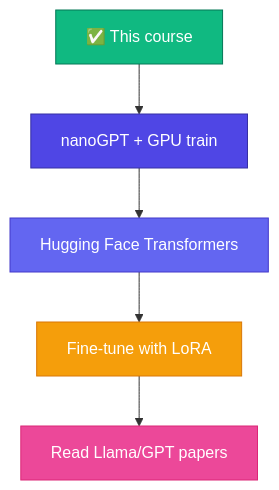
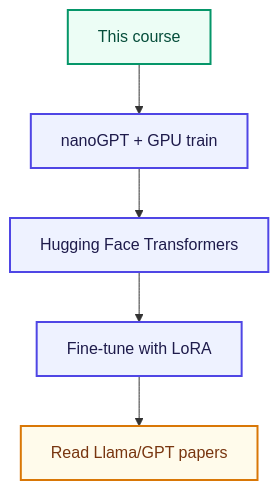
Before and after one commit to bhNibir/build-own-llm: the third of 3 diagrams in content/docs/part-10-bridge/02-whats-next.mdx, drawn with Mermaid. The commit also changed other lines of this file and 77 other files, not shown here.

````diff
--- a/content/docs/part-10-bridge/02-whats-next.mdx
+++ b/content/docs/part-10-bridge/02-whats-next.mdx
@@ -82,12 +80,10 @@
 ```mermaid
 flowchart TD
-    A["✅ This course"]:::done --> B["nanoGPT + GPU train"]:::next1
-    B --> C["Hugging Face Transformers"]:::next2
-    C --> D["Fine-tune with LoRA"]:::next3
-    D --> E["Read Llama/GPT papers"]:::next4
-    classDef done fill:#10B981,color:#fff,stroke:#047857
-    classDef next1 fill:#4F46E5,color:#fff,stroke:#3730A3
-    classDef next2 fill:#6366F1,color:#fff,stroke:#4338CA
-    classDef next3 fill:#F59E0B,color:#fff,stroke:#D97706
-    classDef next4 fill:#EC4899,color:#fff,stroke:#DB2777
+    A["This course"]:::process --> B["nanoGPT + GPU train"]:::next
+    B --> C["Hugging Face Transformers"]:::next
+    C --> D["Fine-tune with LoRA"]:::next
+    D --> E["Read Llama/GPT papers"]:::output
+    classDef process fill:#ECFDF5,color:#064E3B,stroke:#059669,stroke-width:2px
+    classDef next fill:#EEF2FF,color:#1E1B4B,stroke:#4F46E5,stroke-width:2px
+    classDef output fill:#FFFBEB,color:#78350F,stroke:#D97706,stroke-width:2px
 ```
````
